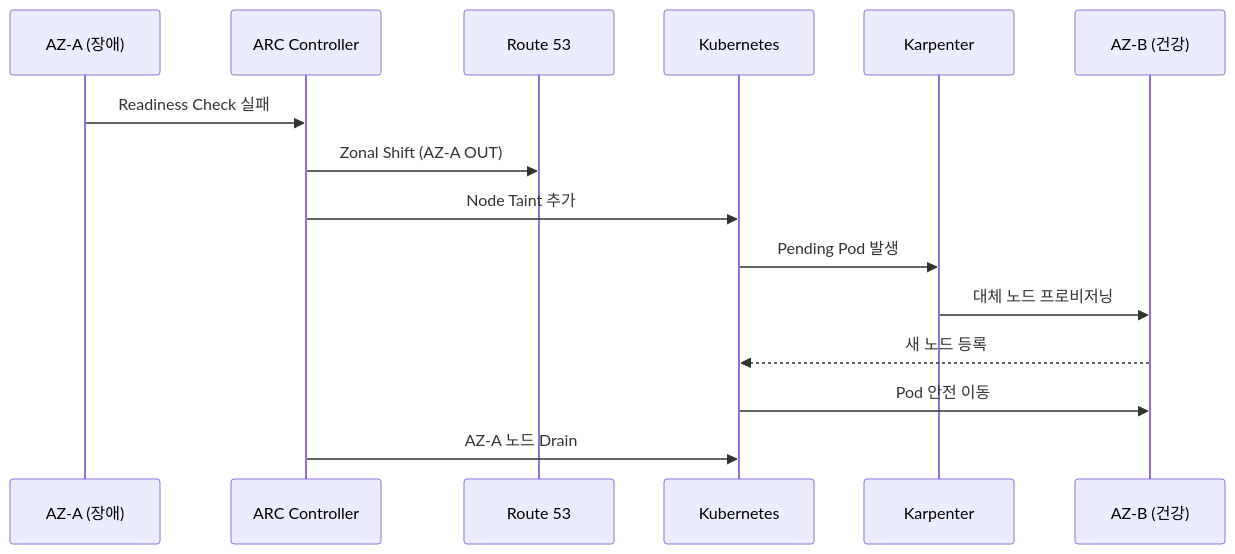
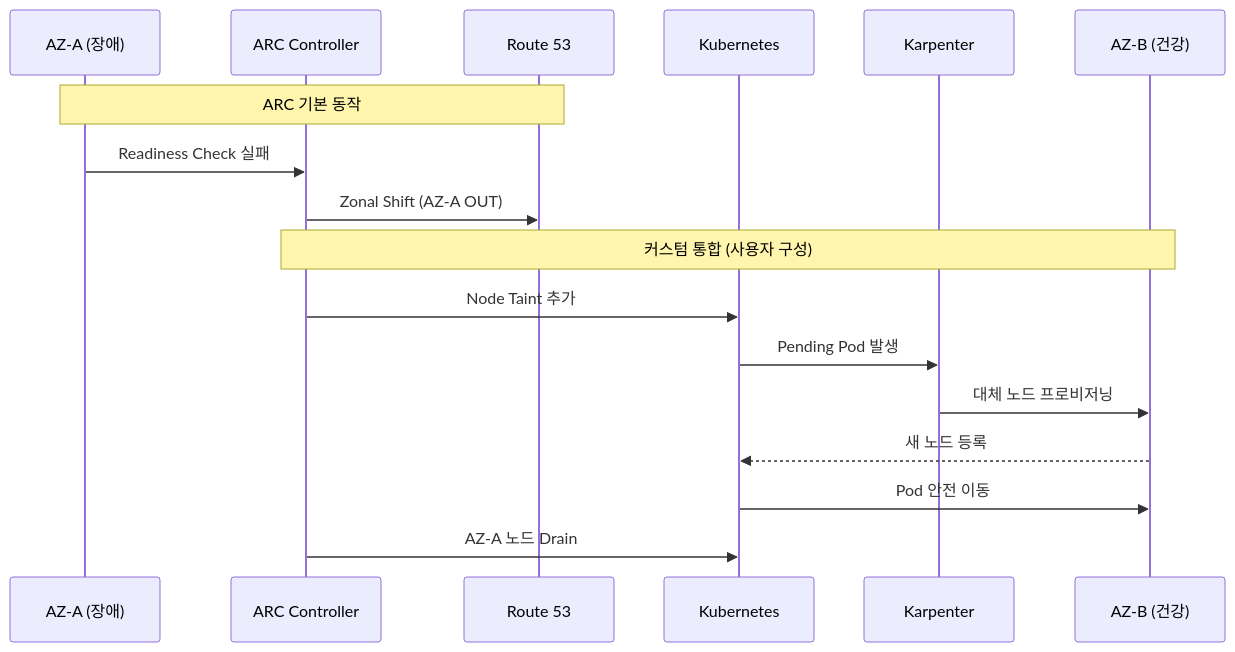
The second of 3 diagrams in i18n/ko/docusaurus-plugin-content-docs/current/aidlc/operations/predictive-operations.md (devfloor9/engineering-playbook), drawn with Mermaid before and after one commit. The commit also changed other lines of this file and 2 other files, not shown here.

````diff
--- a/i18n/ko/docusaurus-plugin-content-docs/current/aidlc/operations/predictive-operations.md
+++ b/i18n/ko/docusaurus-plugin-content-docs/current/aidlc/operations/predictive-operations.md
@@ -211,18 +224,20 @@
 ```mermaid
 sequenceDiagram
     participant AZ_A as AZ-A (장애)
     participant ARC as ARC Controller
     participant R53 as Route 53
     participant K8s as Kubernetes
     participant Karp as Karpenter
     participant AZ_B as AZ-B (건강)
 
+    Note over AZ_A,R53: ARC 기본 동작
     AZ_A->>ARC: Readiness Check 실패
     ARC->>R53: Zonal Shift (AZ-A OUT)
+    Note over ARC,AZ_B: 커스텀 통합 (사용자 구성)
     ARC->>K8s: Node Taint 추가
     K8s->>Karp: Pending Pod 발생
     Karp->>AZ_B: 대체 노드 프로비저닝
     AZ_B-->>K8s: 새 노드 등록
     K8s->>AZ_B: Pod 안전 이동
     ARC->>K8s: AZ-A 노드 Drain
 ```
````
